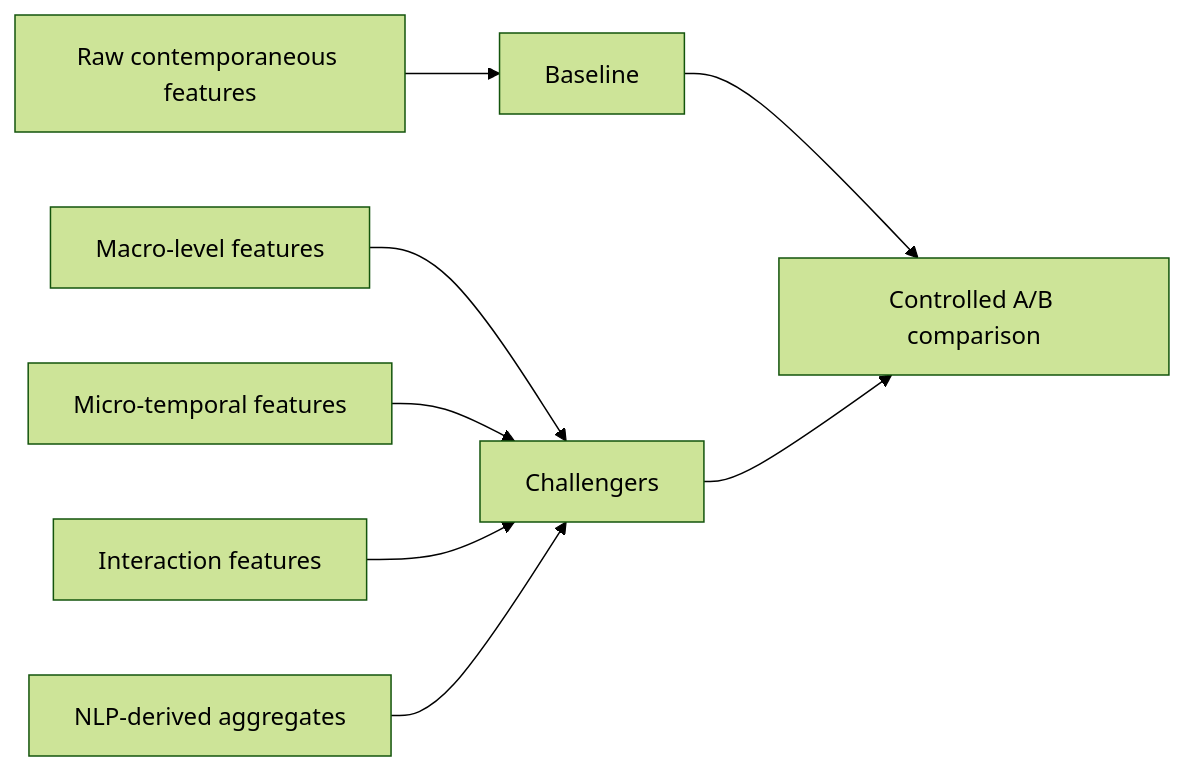
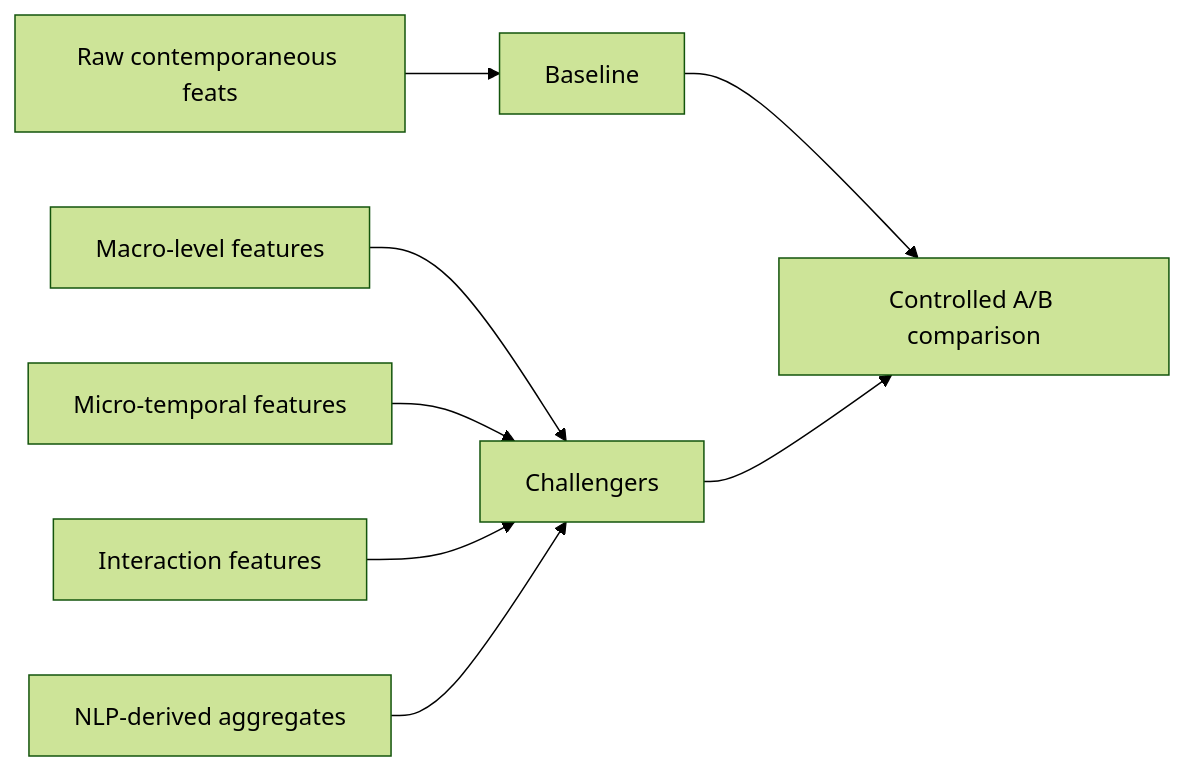
The third of 5 diagrams in README.md (ygs1629/Rare-event-driven-MLOps), drawn with Mermaid (forest theme) before and after one commit. The commit also changed other lines of this file, not shown here.

````diff
--- a/README.md
+++ b/README.md
@@ -83,10 +61,10 @@
 ```mermaid
 flowchart LR
-  A[Raw contemporaneous features] --> B[Baseline]
+  A[Raw contemporaneous feats] --> B[Baseline]
   C[Macro-level features] --> G[Challengers]
   D[Micro-temporal features] --> G
   E[Interaction features] --> G
   F[NLP-derived aggregates] --> G
   B --> H[Controlled A/B comparison]
   G --> H
 ```
````
